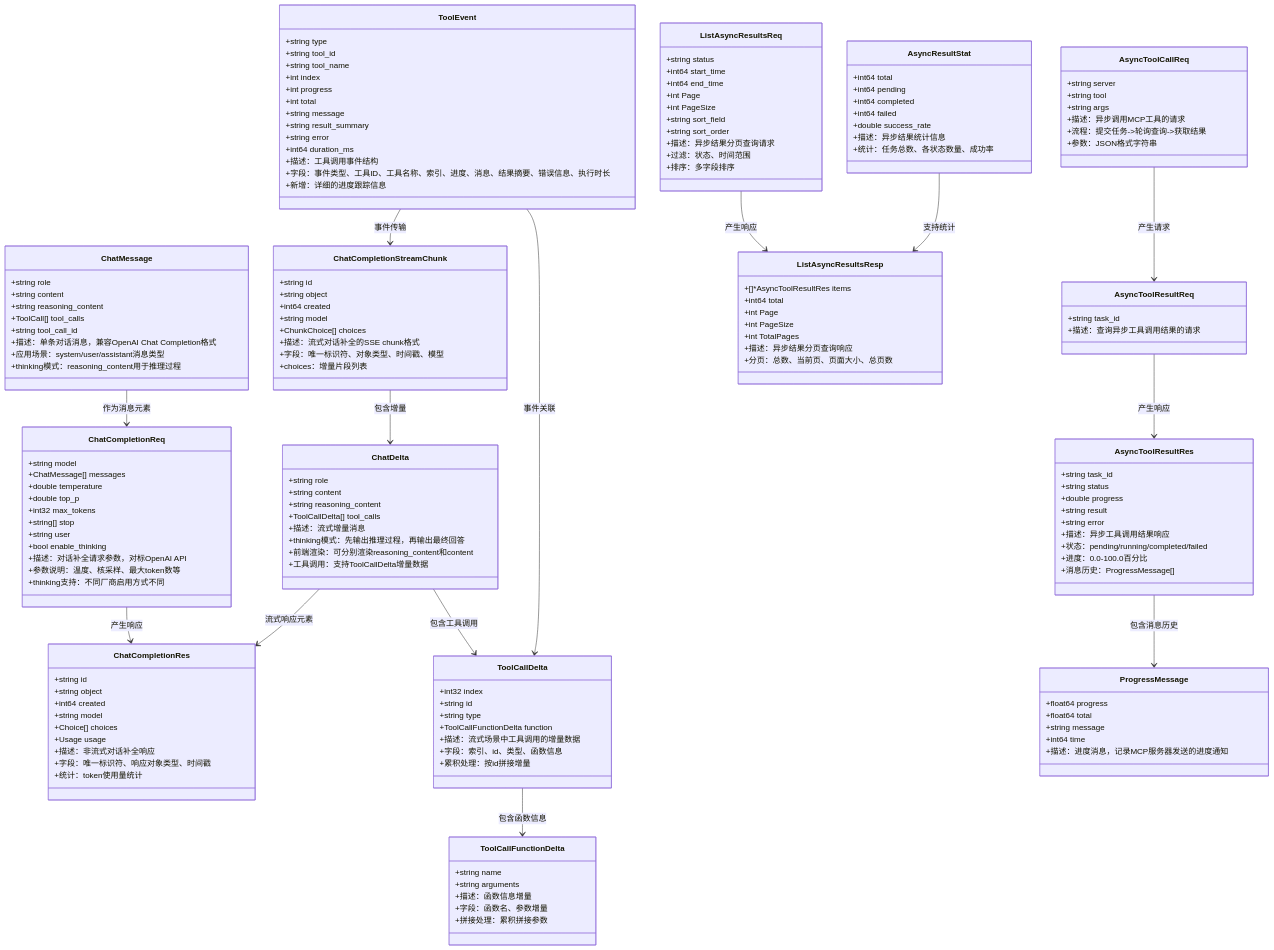
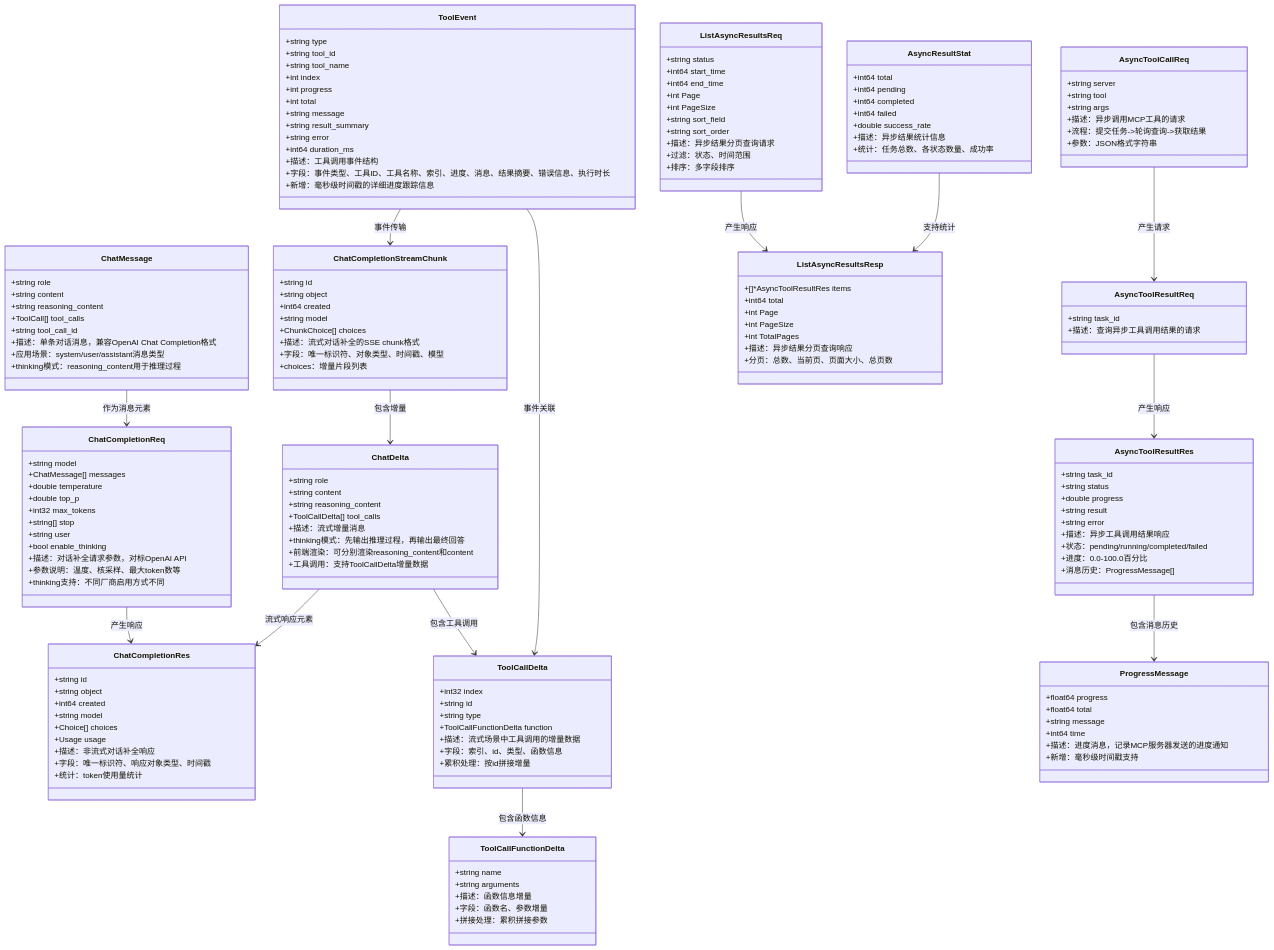
The ninth of 13 diagrams in .qoder/repowiki/zh/content/核心服务详解/AI聊天服务.md (maomao94/zero-service), drawn with Mermaid before and after one commit. The commit also changed other lines of this file and 59 other files, not shown here.

```diff
--- a/.qoder/repowiki/zh/content/核心服务详解/AI聊天服务.md
+++ b/.qoder/repowiki/zh/content/核心服务详解/AI聊天服务.md
@@ -958,7 +971,7 @@
 +int64 duration_ms
 +描述：工具调用事件结构
 +字段：事件类型、工具ID、工具名称、索引、进度、消息、结果摘要、错误信息、执行时长
-+新增：详细的进度跟踪信息
++新增：毫秒级时间戳的详细进度跟踪信息
 }
 class ChatCompletionStreamChunk {
 +string id
@@ -999,6 +1012,7 @@
 +string message
 +int64 time
 +描述：进度消息，记录MCP服务器发送的进度通知
++新增：毫秒级时间戳支持
 }
 class ListAsyncResultsReq {
 +string status
```
